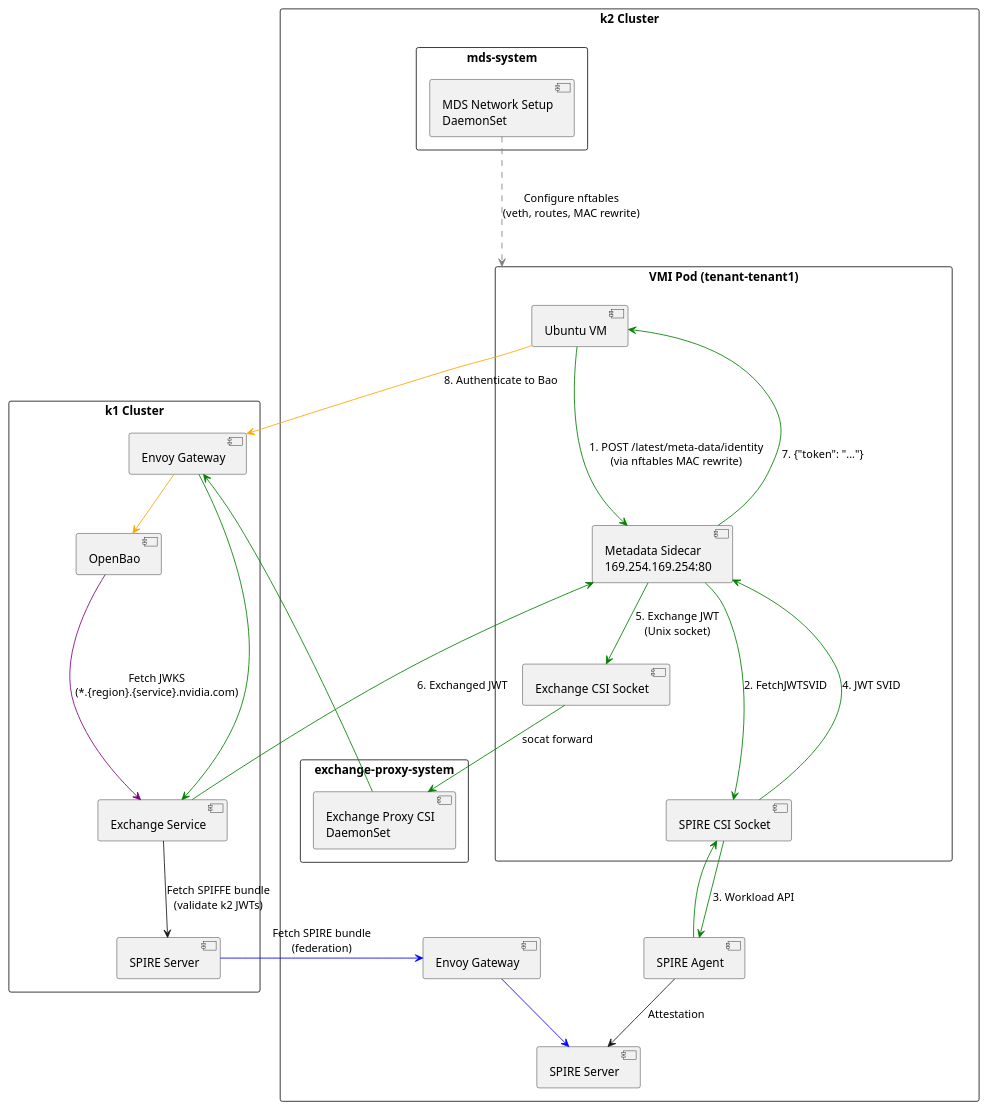
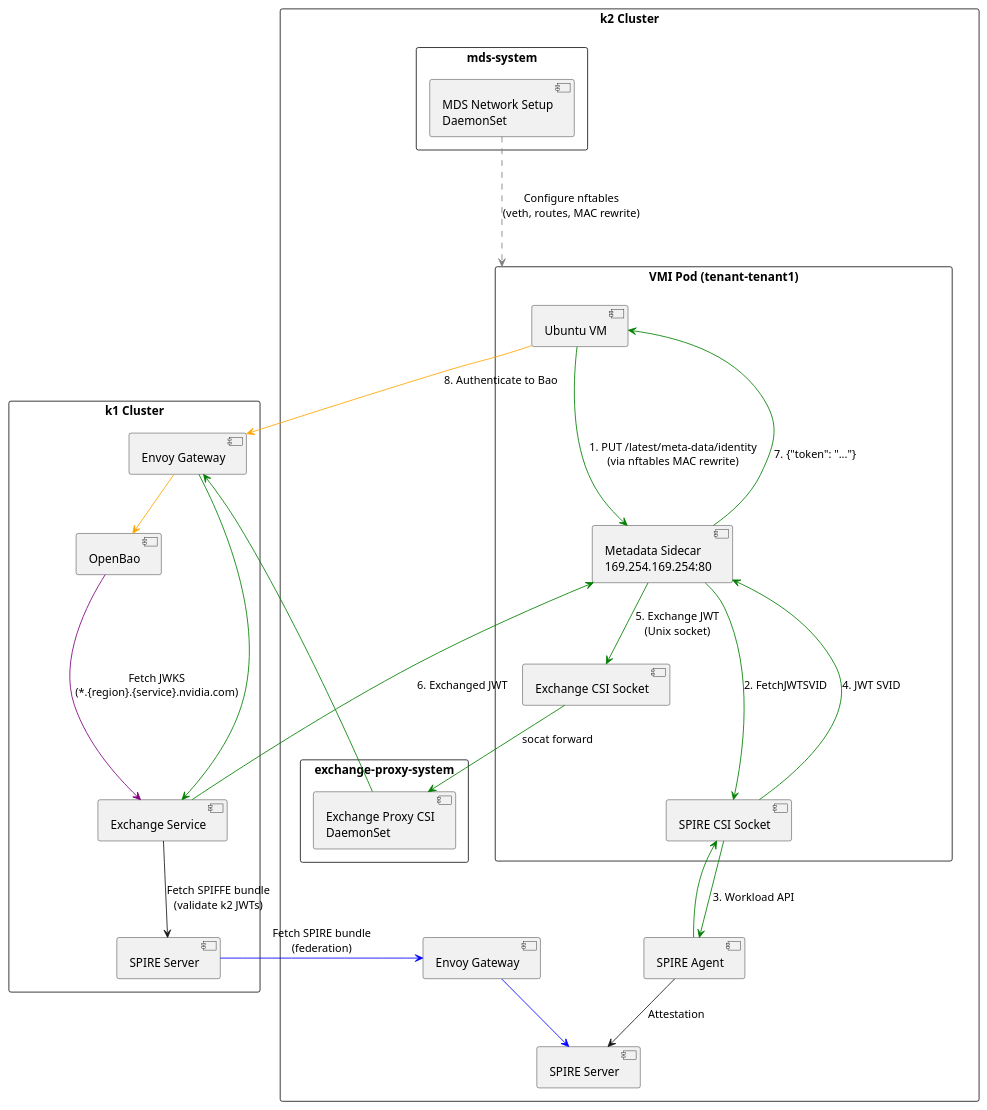
One commit to dsx-ai-factory/nvidia-workload-identity changed the third of 5 diagrams in README.md. Above: the diagram before and after it, drawn with PlantUML. The commit also changed other lines of this file and 4 other files, not shown here.

````diff
--- a/README.md
+++ b/README.md
@@ -196,68 +196,68 @@
 ```plantuml
 @startuml VM Metadata Sidecar
 
 skinparam packageStyle rectangle
 
 package "k1 Cluster" as K1 {
   [SPIRE Server] as SPIRE1
   [OpenBao] as Bao
   [Exchange Service] as Exchange
   [Envoy Gateway] as GW1
 }
 
 package "k2 Cluster" as K2 {
   [SPIRE Server] as SPIRE2
   [SPIRE Agent] as SpireAgent
   [Envoy Gateway] as GW2
   
   package "exchange-proxy-system" as ExchangeNS {
     [Exchange Proxy CSI\nDaemonSet] as ExchangeCSI
   }
   
   package "mds-system" as MDSNS {
     [MDS Network Setup\nDaemonSet] as MDSNetwork
   }
   
   package "VMI Pod (tenant-tenant1)" as VMIPod {
     [Ubuntu VM] as VM
     [Metadata Sidecar\n169.254.169.254:80] as MetaSidecar
     [SPIRE CSI Socket] as SpireCSI
     [Exchange CSI Socket] as ExchangeSocket
   }
 }
 
 ' Federation: k1 SPIRE fetches k2's bundle
 SPIRE1 -[#blue]-> GW2 : Fetch SPIRE bundle\n(federation)
 GW2 -[#blue]-> SPIRE2
 
 ' VM to metadata sidecar flow
-VM -[#green]-> MetaSidecar : 1. POST /latest/meta-data/identity\n(via nftables MAC rewrite)
+VM -[#green]-> MetaSidecar : 1. PUT /latest/meta-data/identity\n(via nftables MAC rewrite)
 MetaSidecar -[#green]-> SpireCSI : 2. FetchJWTSVID
 SpireCSI -[#green]-> SpireAgent : 3. Workload API
 SpireAgent -[#green]--> SpireCSI
 SpireCSI -[#green]--> MetaSidecar : 4. JWT SVID
 MetaSidecar -[#green]-> ExchangeSocket : 5. Exchange JWT\n(Unix socket)
 ExchangeSocket -[#green]-> ExchangeCSI : socat forward
 ExchangeCSI -[#green]-> GW1
 GW1 -[#green]-> Exchange
 Exchange -[#green]--> MetaSidecar : 6. Exchanged JWT
 MetaSidecar -[#green]--> VM : 7. {"token": "..."}
 
 ' VM to Bao flow (authenticate)
 VM -[#orange]-> GW1 : 8. Authenticate to Bao
 GW1 -[#orange]-> Bao
 
 ' SPIRE Agent to Server
 SpireAgent --> SPIRE2 : Attestation
 
 ' MDS Network Setup configures pod networking
 MDSNetwork ..[#gray].> VMIPod : Configure nftables\n(veth, routes, MAC rewrite)
 
 ' OpenBao JWKS validation
 Bao -[#purple]--> Exchange : Fetch JWKS\n(*.{region}.{service}.nvidia.com)
 
 ' Exchange validates incoming JWTs
 Exchange --> SPIRE1 : Fetch SPIFFE bundle\n(validate k2 JWTs)
 
 @enduml
 ```
````
